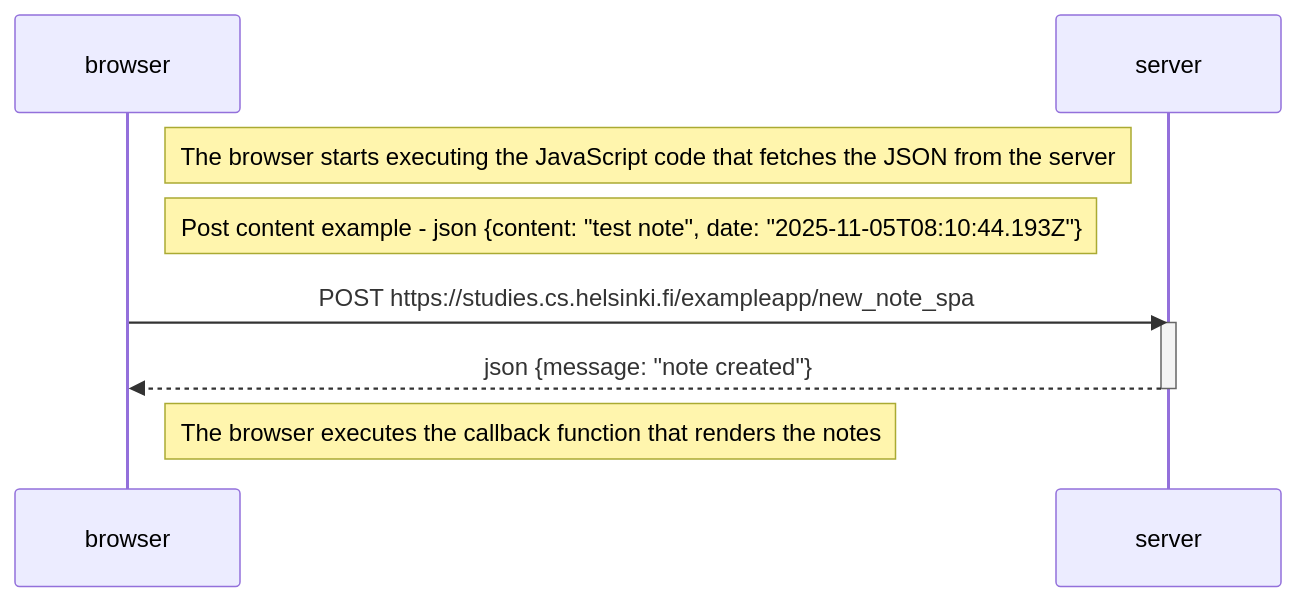
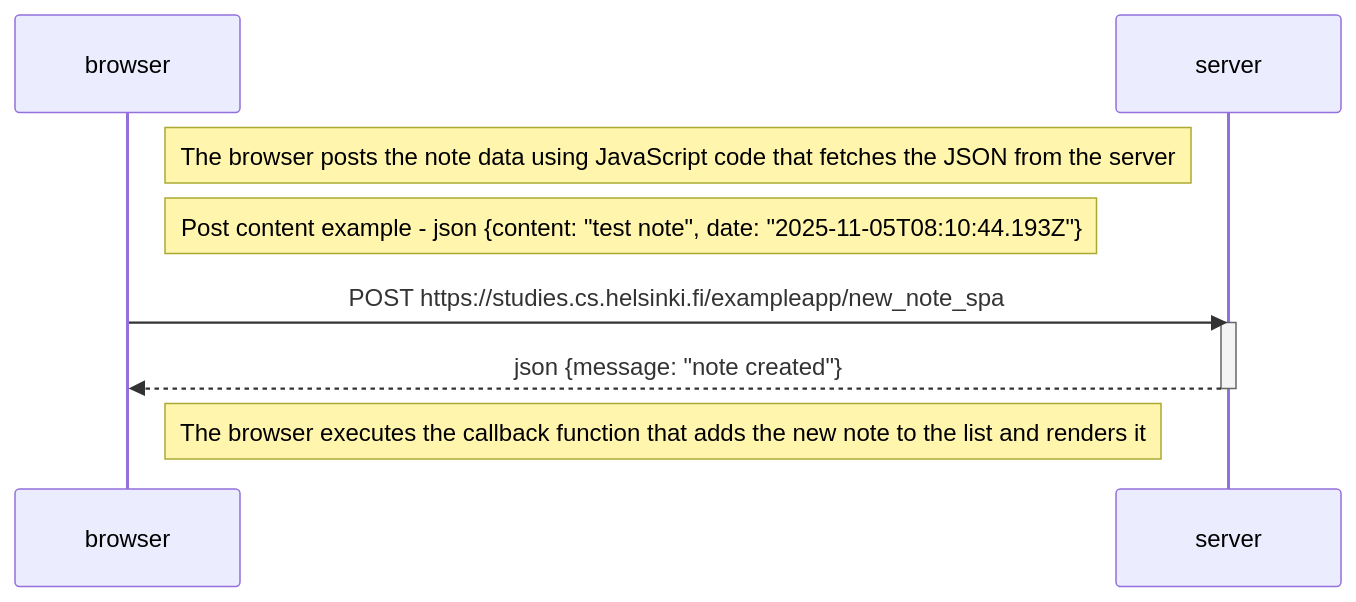
The diagram in part0/06_new_note_in_single_page_app_diagram.md (filippivarci/fullstackopen), drawn with Mermaid before and after one commit.

Commit message:
update comments

````diff
--- a/part0/06_new_note_in_single_page_app_diagram.md
+++ b/part0/06_new_note_in_single_page_app_diagram.md
@@ -1,16 +1,16 @@
 ```mermaid
 sequenceDiagram
     participant browser
     participant server
 
-    Note right of browser: The browser starts executing the JavaScript code that fetches the JSON from the server
+    Note right of browser: The browser posts the note data using JavaScript code that fetches the JSON from the server
 
     Note right of browser: Post content example - json {content: "test note", date: "2025-11-05T08:10:44.193Z"} 
 
     browser->>server: POST https://studies.cs.helsinki.fi/exampleapp/new_note_spa
     activate server
     server-->>browser: json {message: "note created"}
     deactivate server
 
-    Note right of browser: The browser executes the callback function that renders the notes
+    Note right of browser: The browser executes the callback function that adds the new note to the list and renders it
 ```
````
